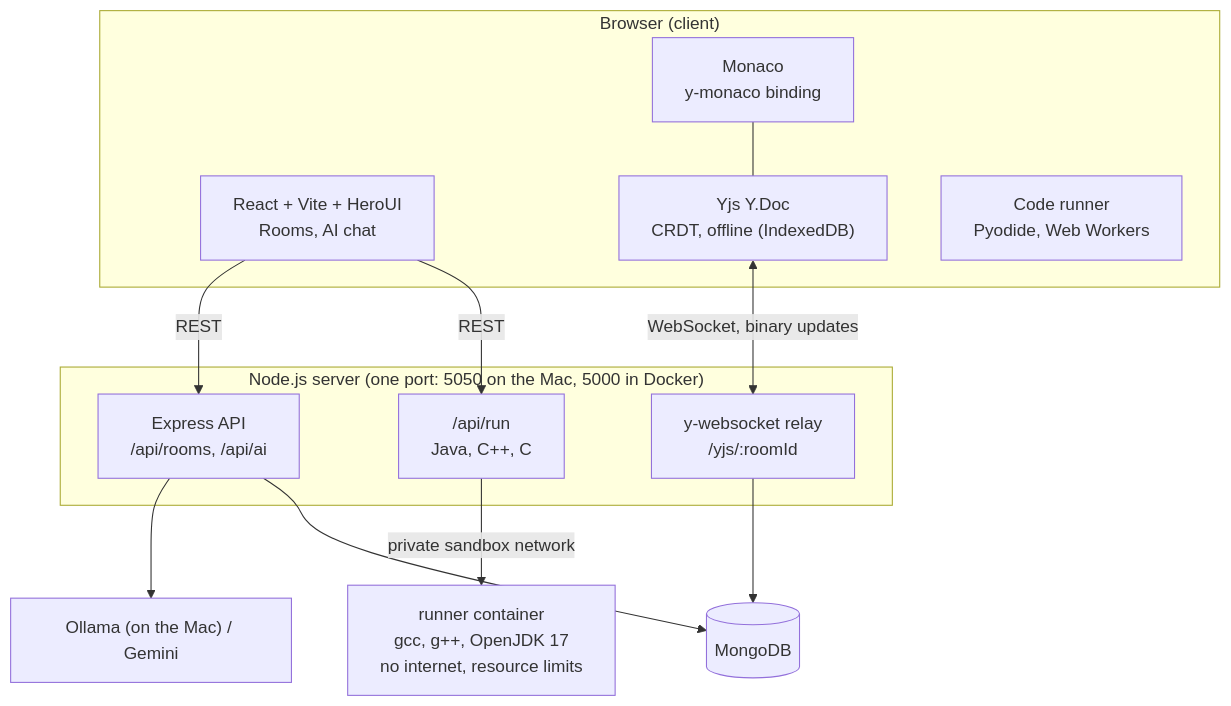
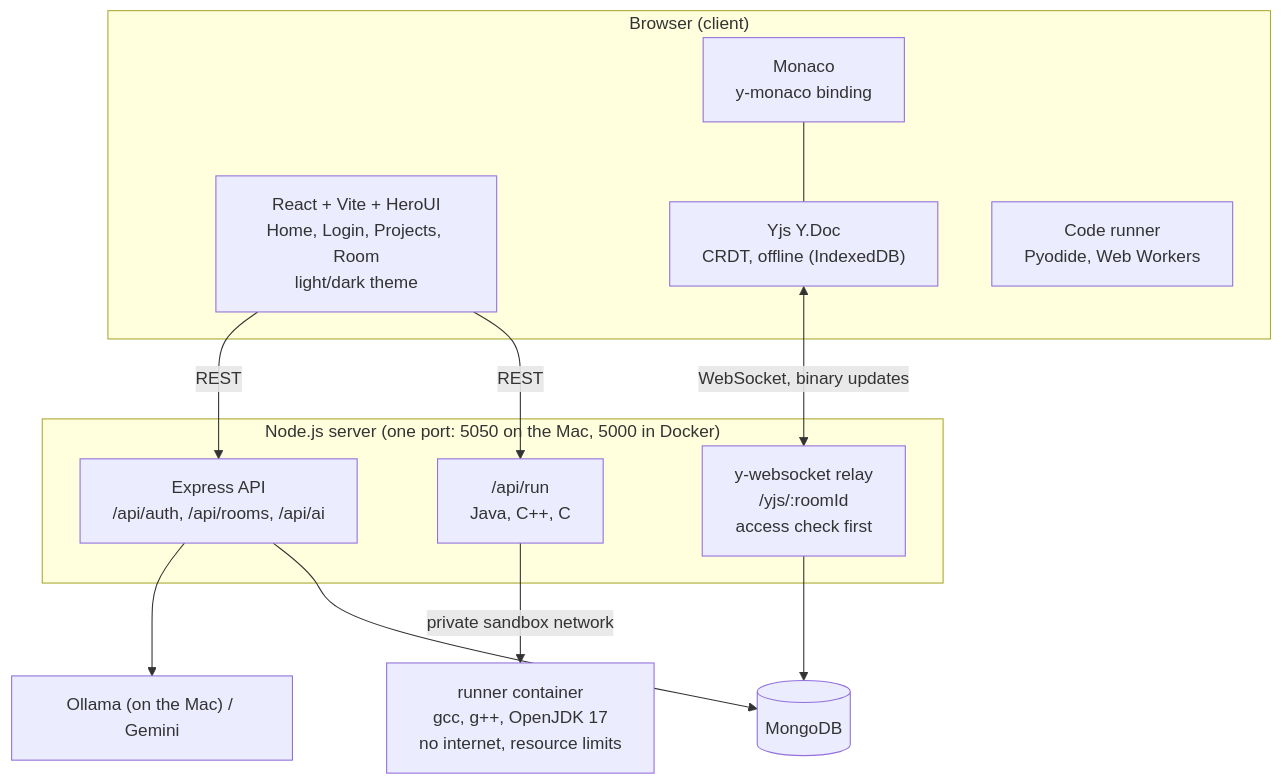
The diagram in docs/architecture.md (pavankumar-2005/octocode), drawn with Mermaid before and after one commit. The commit also changed other lines of this file and 33 other files, not shown here.

````diff
--- a/docs/architecture.md
+++ b/docs/architecture.md
@@ -5,29 +5,29 @@
 ```mermaid
 flowchart TB
   subgraph Browser["Browser (client)"]
-    UI["React + Vite + HeroUI<br/>Rooms, AI chat"]
+    UI["React + Vite + HeroUI<br/>Home, Login, Projects, Room<br/>light/dark theme"]
     Monaco["Monaco<br/>y-monaco binding"]
     Ydoc["Yjs Y.Doc<br/>CRDT, offline (IndexedDB)"]
     Runner["Code runner<br/>Pyodide, Web Workers"]
   end
 
   Sandbox["runner container<br/>gcc, g++, OpenJDK 17<br/>no internet, resource limits"]
 
   subgraph Server["Node.js server (one port: 5050 on the Mac, 5000 in Docker)"]
-    API["Express API<br/>/api/rooms, /api/ai"]
-    WS["y-websocket relay<br/>/yjs/:roomId"]
+    API["Express API<br/>/api/auth, /api/rooms, /api/ai"]
+    WS["y-websocket relay<br/>/yjs/:roomId<br/>access check first"]
     RunAPI["/api/run<br/>Java, C++, C"]
   end
 
   LLM["Ollama (on the Mac) / Gemini"]
   DB[("MongoDB")]
 
   UI -- "REST" --> API
   Ydoc <-- "WebSocket, binary updates" --> WS
   Monaco --- Ydoc
   API --> LLM
   API --> DB
   WS --> DB
   UI -- "REST" --> RunAPI
   RunAPI -- "private sandbox network" --> Sandbox
 ```
````
